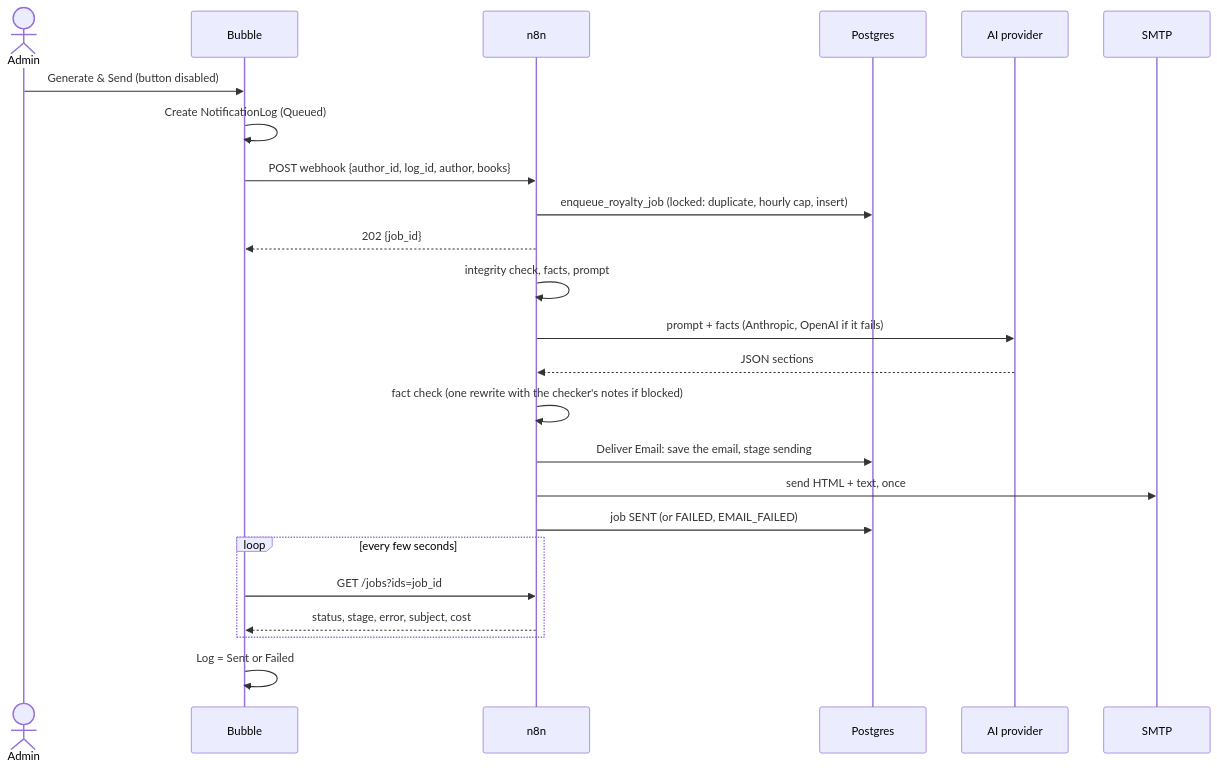
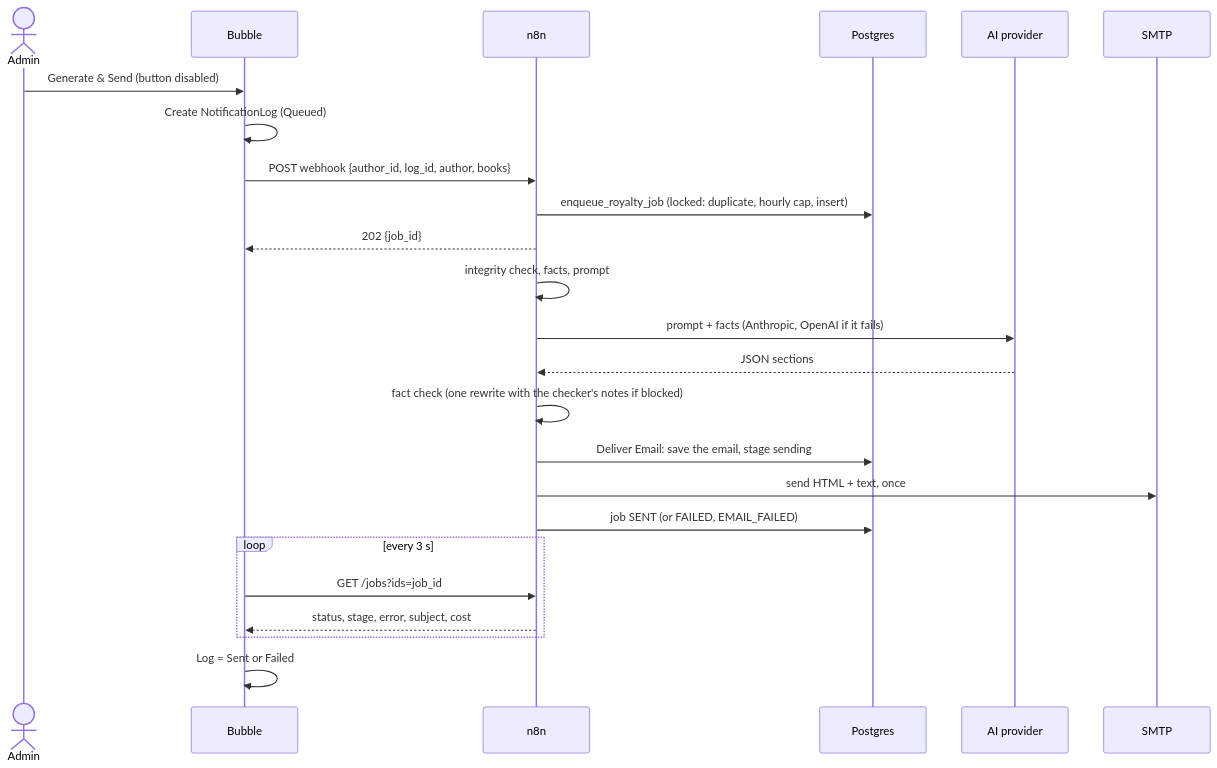
One commit to akshykmratloop/bookleaf-royalty-automation changed the second of 3 diagrams in docs/integration.md. Above: the diagram before and after it, drawn with Mermaid. The commit also changed other lines of this file and 6 other files, not shown here.

First line of the commit message:
docs(docs): pull-only design, current schema, prompt excerpt, measured cost, honest learning log

````diff
--- a/docs/integration.md
+++ b/docs/integration.md
@@ -46,26 +46,26 @@
 ```mermaid
 sequenceDiagram
   actor Admin
   participant Bub as Bubble
   participant N8 as n8n
   participant PG as Postgres
   participant AI as AI provider
   participant SMTP
   Admin->>Bub: Generate & Send (button disabled)
   Bub->>Bub: Create NotificationLog (Queued)
   Bub->>N8: POST webhook {author_id, log_id, author, books}
   N8->>PG: enqueue_royalty_job (locked: duplicate, hourly cap, insert)
   N8-->>Bub: 202 {job_id}
   N8->>N8: integrity check, facts, prompt
   N8->>AI: prompt + facts (Anthropic, OpenAI if it fails)
   AI-->>N8: JSON sections
   N8->>N8: fact check (one rewrite with the checker's notes if blocked)
   N8->>PG: Deliver Email: save the email, stage sending
   N8->>SMTP: send HTML + text, once
   N8->>PG: job SENT (or FAILED, EMAIL_FAILED)
-  loop every few seconds
+  loop every 3 s
     Bub->>N8: GET /jobs?ids=job_id
     N8-->>Bub: status, stage, error, subject, cost
   end
   Bub->>Bub: Log = Sent or Failed
 ```
````
